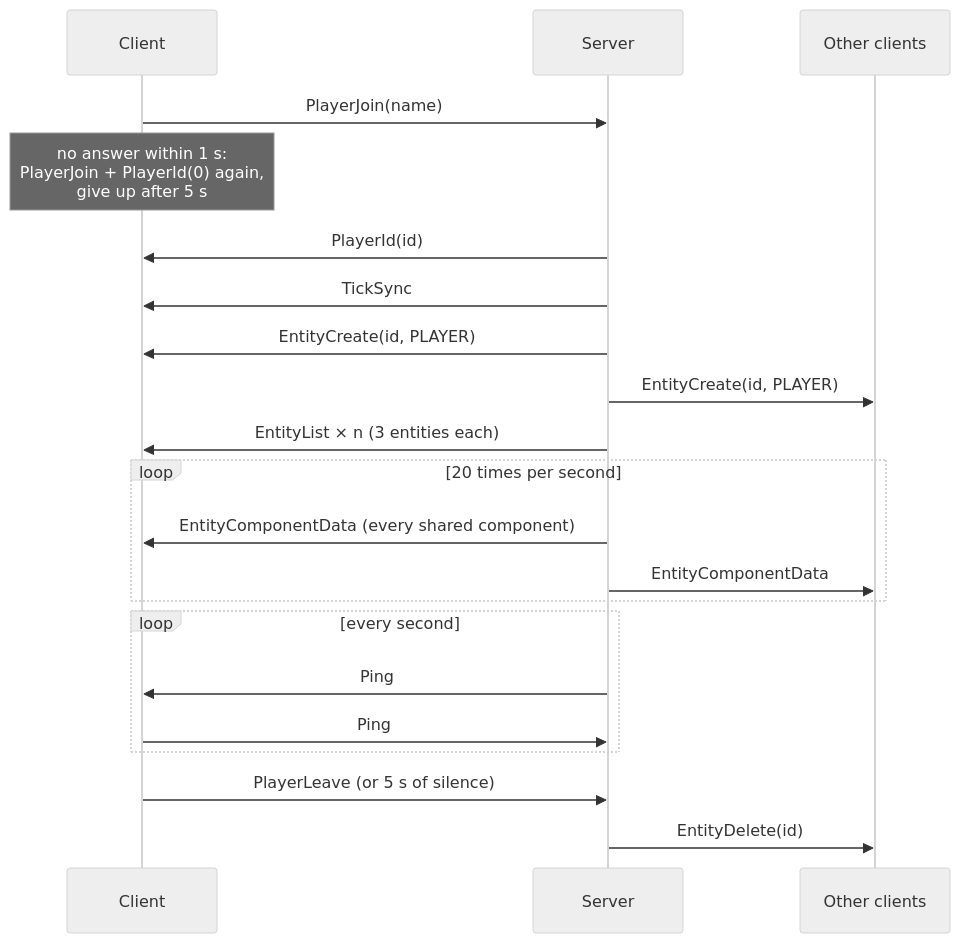
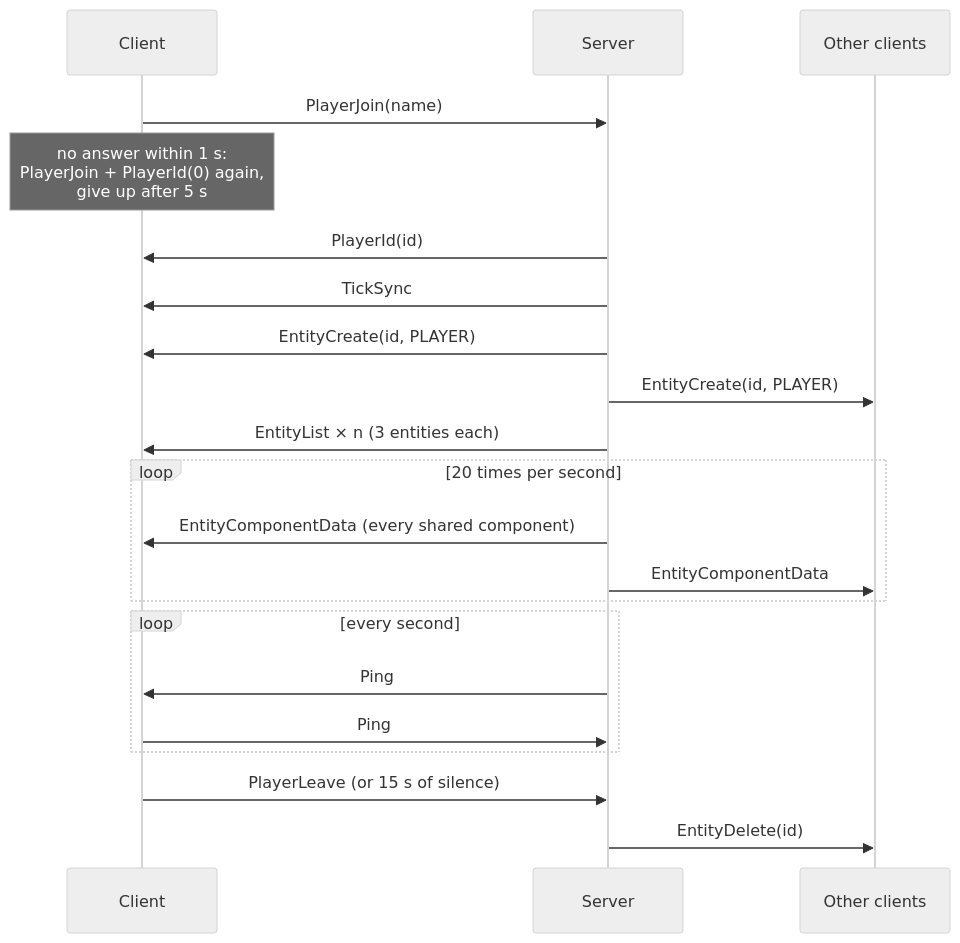
Before and after one commit to Space-Type/Documentation: the diagram in docs/protocol.md, drawn with Mermaid (neutral theme). The commit also changed other lines of this file and 4 other files, not shown here.

````diff
--- a/docs/protocol.md
+++ b/docs/protocol.md
@@ -303,23 +303,23 @@
 ```mermaid
 sequenceDiagram
     participant C as Client
     participant S as Server
     participant O as Other clients
     C->>S: PlayerJoin(name)
     Note over C: no answer within 1 s:<br/>PlayerJoin + PlayerId(0) again,<br/>give up after 5 s
     S->>C: PlayerId(id)
     S->>C: TickSync
     S->>C: EntityCreate(id, PLAYER)
     S->>O: EntityCreate(id, PLAYER)
     S->>C: EntityList × n (3 entities each)
     loop 20 times per second
         S->>C: EntityComponentData (every shared component)
         S->>O: EntityComponentData
     end
     loop every second
         S->>C: Ping
         C->>S: Ping
     end
-    C->>S: PlayerLeave (or 5 s of silence)
+    C->>S: PlayerLeave (or 15 s of silence)
     S->>O: EntityDelete(id)
 ```
````
